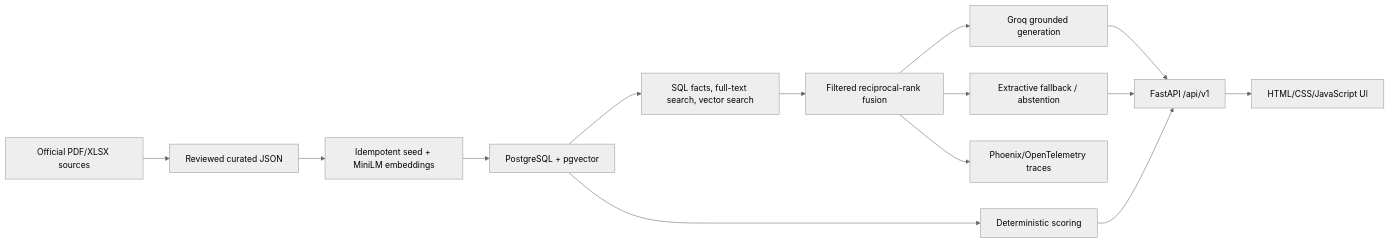
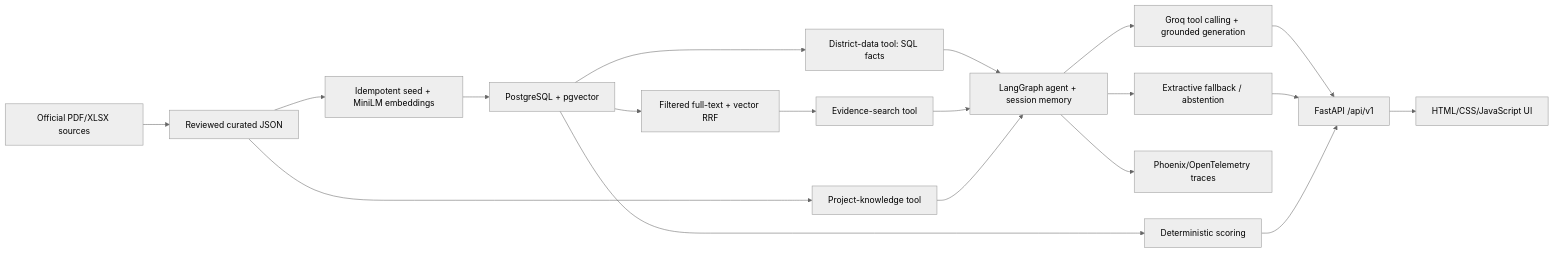
One commit to HassanSardar525/GPIS changed the diagram in README.md. Above: the diagram before and after it, drawn with Mermaid (neutral theme). The commit also changed other lines of this file and 9 other files, not shown here.

Commit message:
Add LangGraph tool-using RAG agent

````diff
--- a/README.md
+++ b/README.md
@@ -7,16 +7,21 @@
 ```mermaid
 flowchart LR
     S["Official PDF/XLSX sources"] --> J["Reviewed curated JSON"]
     J --> I["Idempotent seed + MiniLM embeddings"]
     I --> P["PostgreSQL + pgvector"]
-    P --> Q["SQL facts, full-text search, vector search"]
-    Q --> R["Filtered reciprocal-rank fusion"]
-    R --> G["Groq grounded generation"]
-    R --> F["Extractive fallback / abstention"]
-    R --> X["Phoenix/OpenTelemetry traces"]
+    P --> D1["District-data tool: SQL facts"]
+    P --> R["Filtered full-text + vector RRF"]
+    R --> E1["Evidence-search tool"]
+    J --> K1["Project-knowledge tool"]
+    D1 --> L["LangGraph agent + session memory"]
+    E1 --> L
+    K1 --> L
+    L --> G["Groq tool calling + grounded generation"]
+    L --> F["Extractive fallback / abstention"]
+    L --> X["Phoenix/OpenTelemetry traces"]
     G --> A["FastAPI /api/v1"]
     F --> A
     P --> D["Deterministic scoring"]
     D --> A
     A --> U["HTML/CSS/JavaScript UI"]
 ```
````
